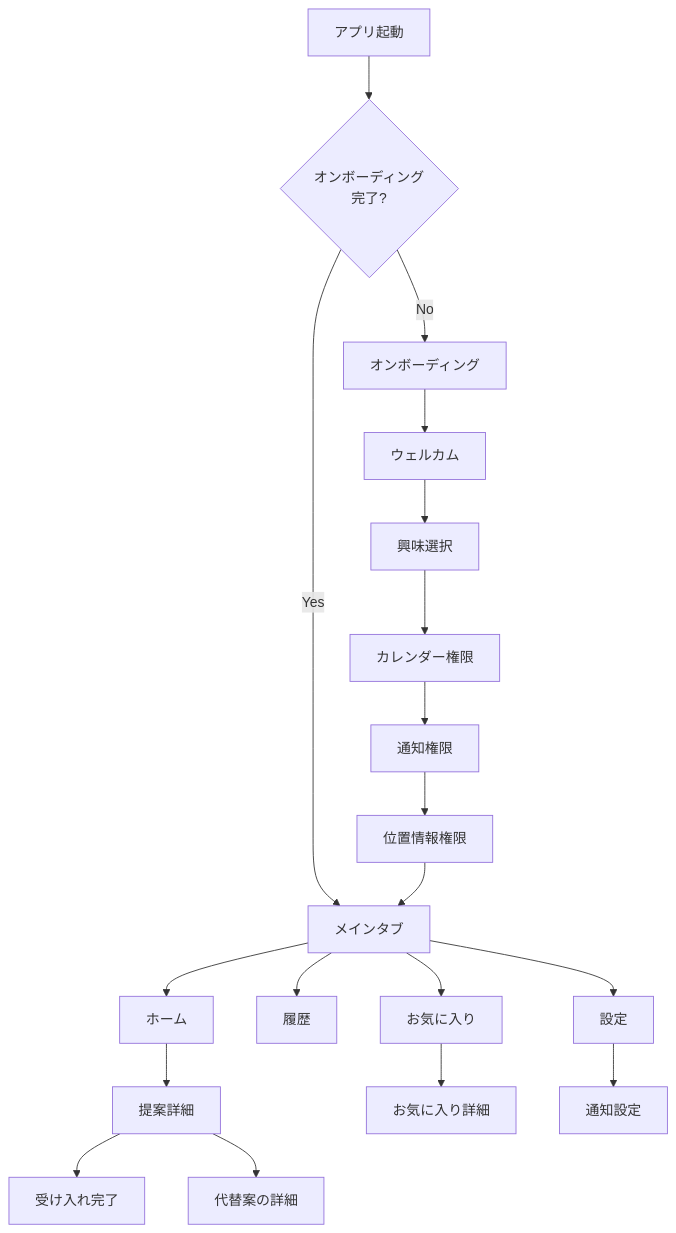
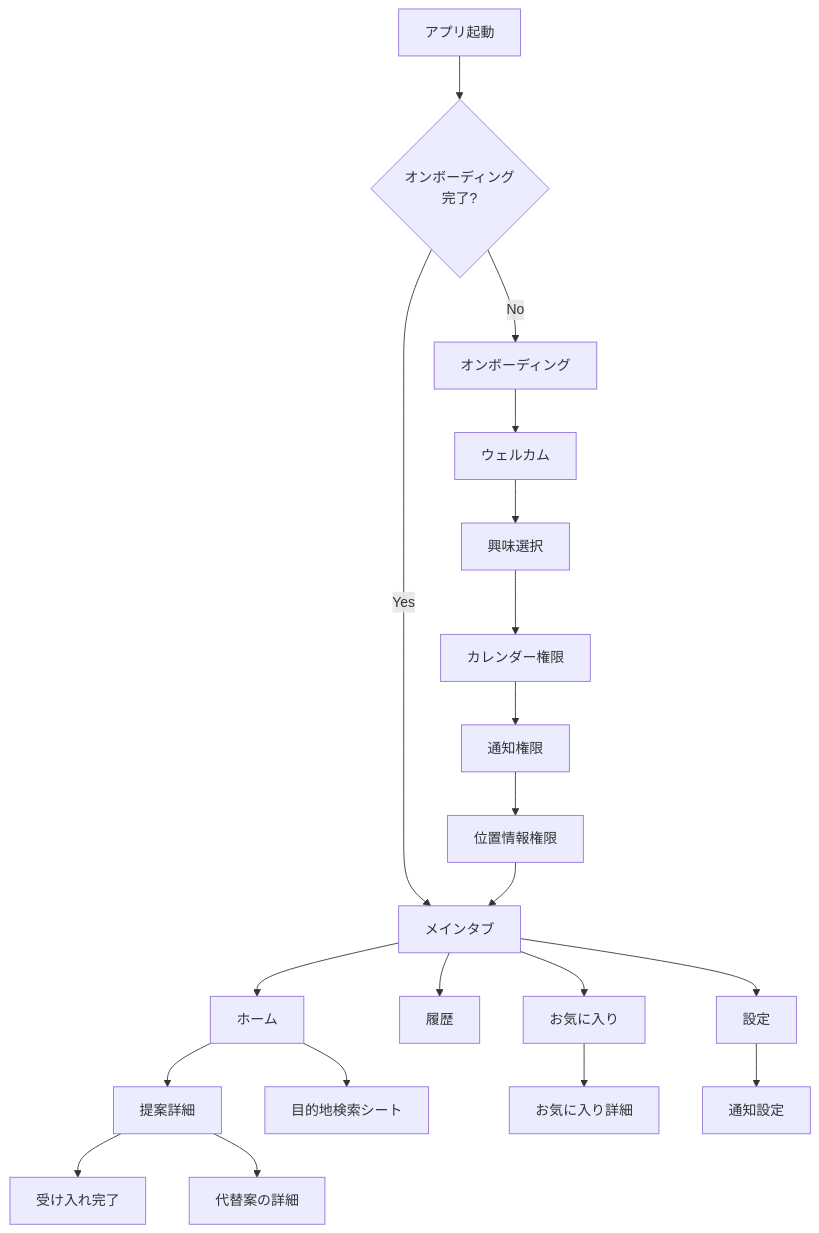
One commit to Ken-Miyamura/serendipity-planner changed the diagram in docs/spec/screens.md. Above: the diagram before and after it, drawn with Mermaid. The commit also changed other lines of this file and 4 other files, not shown here.

````diff
--- a/docs/spec/screens.md
+++ b/docs/spec/screens.md
@@ -5,26 +5,28 @@
 ```mermaid
 graph TD
     A[アプリ起動] --> B{オンボーディング<br/>完了?}
     B -->|No| C[オンボーディング]
     B -->|Yes| D[メインタブ]
 
     C --> C1[ウェルカム]
     C1 --> C2[興味選択]
     C2 --> C3[カレンダー権限]
     C3 --> C4[通知権限]
     C4 --> C5[位置情報権限]
     C5 --> D
 
     D --> D1[ホーム]
     D --> D2[履歴]
     D --> D3[お気に入り]
     D --> D4[設定]
 
     D1 --> E[提案詳細]
     E --> E1[受け入れ完了]
     E --> E2[代替案の詳細]
 
+    D1 --> G[目的地検索シート]
+
     D3 --> F[お気に入り詳細]
 
     D4 --> D5[通知設定]
 ```
````
